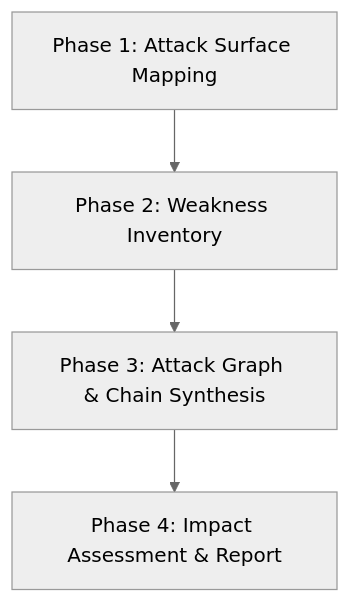
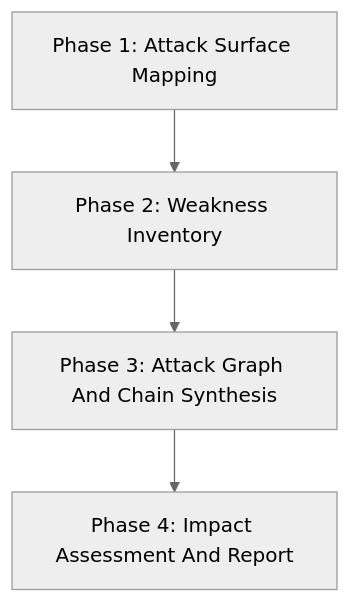
The diagram in docs/plans/v0.7/PLAN.md (shamitv/codegopher), drawn with Mermaid (neutral theme) before and after one commit. The commit also changed other lines of this file and 6 other files, not shown here.

Commit message:
docs: update v0.7 planning docs, product roadmap, and introduction

````diff
--- a/docs/plans/v0.7/PLAN.md
+++ b/docs/plans/v0.7/PLAN.md
@@ -49,6 +54,6 @@
 ```mermaid
 graph TD
     A[Phase 1: Attack Surface Mapping] --> B[Phase 2: Weakness Inventory]
-    B --> C[Phase 3: Attack Graph & Chain Synthesis]
-    C --> D[Phase 4: Impact Assessment & Report]
+    B --> C[Phase 3: Attack Graph And Chain Synthesis]
+    C --> D[Phase 4: Impact Assessment And Report]
 ```
````
